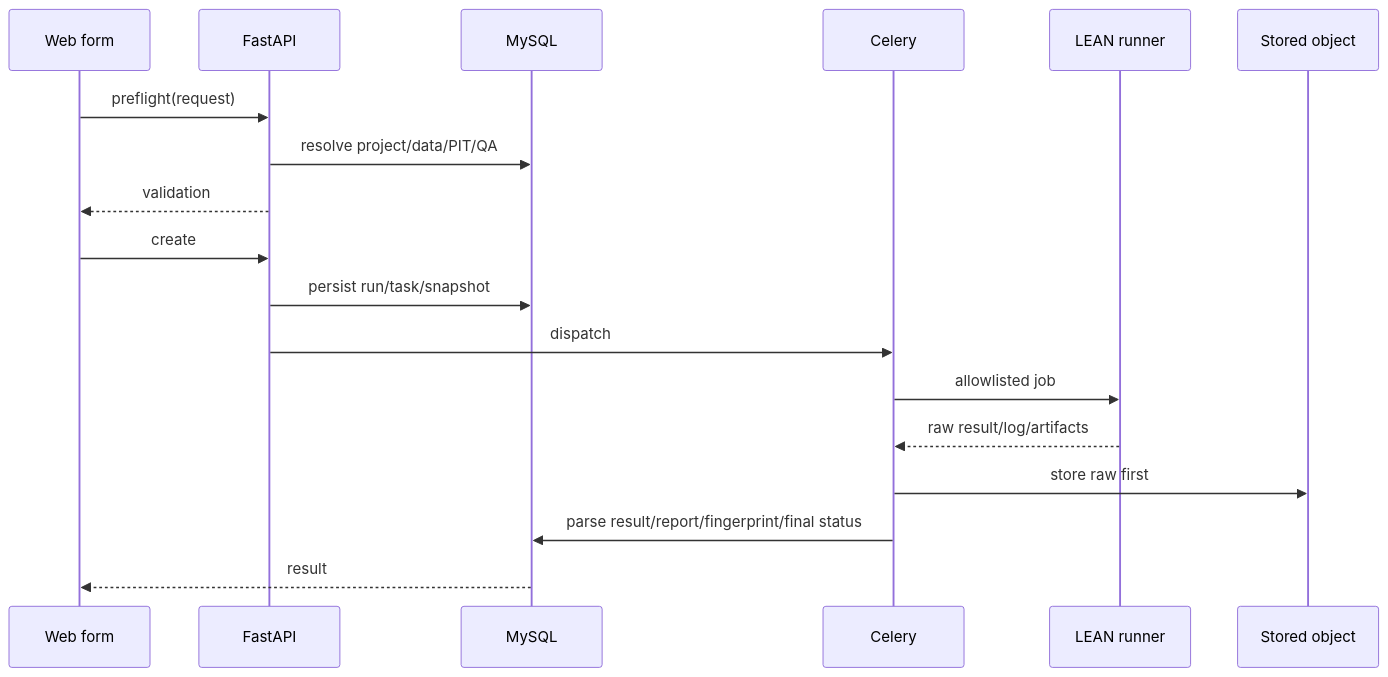
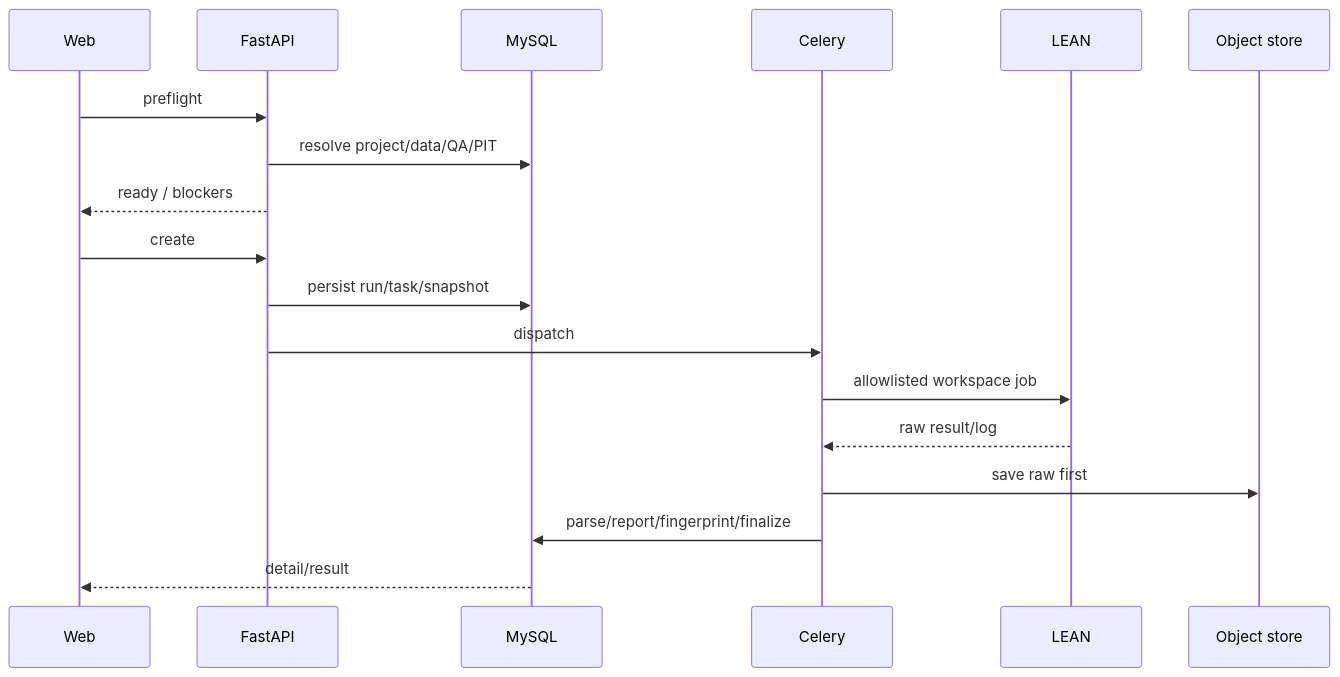
One commit to magic-alt/lean-local-platform changed the fourth of 9 diagrams in docs/audit/actual-environment-system-review-2026-08-02.md. Above: the diagram before and after it, drawn with Mermaid. The commit also changed other lines of this file and 35 other files, not shown here.

````diff
--- a/docs/audit/actual-environment-system-review-2026-08-02.md
+++ b/docs/audit/actual-environment-system-review-2026-08-02.md
@@ -155,20 +148,20 @@
 ```mermaid
 sequenceDiagram
-  participant UI as Web form
+  participant UI as Web
   participant API as FastAPI
   participant DB as MySQL
   participant Q as Celery
-  participant L as LEAN runner
-  participant O as Stored object
-  UI->>API: preflight(request)
-  API->>DB: resolve project/data/PIT/QA
-  API-->>UI: validation
+  participant L as LEAN
+  participant O as Object store
+  UI->>API: preflight
+  API->>DB: resolve project/data/QA/PIT
+  API-->>UI: ready / blockers
   UI->>API: create
   API->>DB: persist run/task/snapshot
   API->>Q: dispatch
-  Q->>L: allowlisted job
-  L-->>Q: raw result/log/artifacts
-  Q->>O: store raw first
-  Q->>DB: parse result/report/fingerprint/final status
-  DB-->>UI: result
+  Q->>L: allowlisted workspace job
+  L-->>Q: raw result/log
+  Q->>O: save raw first
+  Q->>DB: parse/report/fingerprint/finalize
+  DB-->>UI: detail/result
 ```
````
